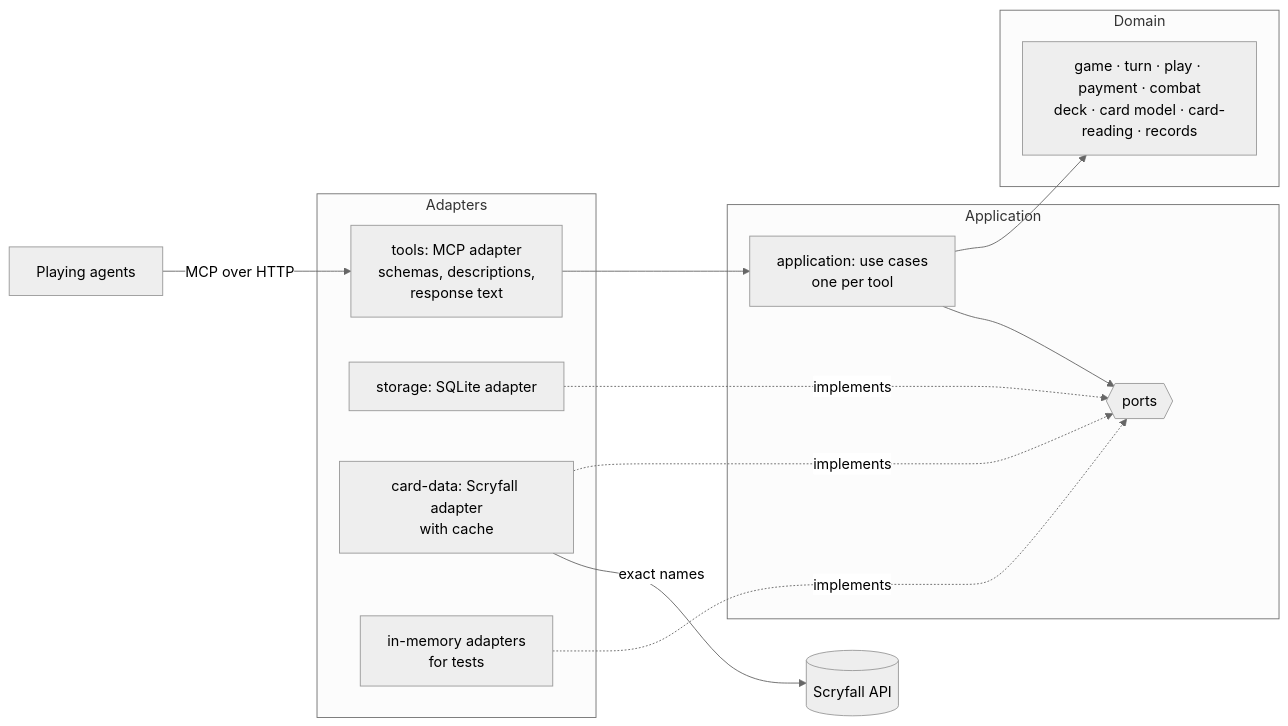
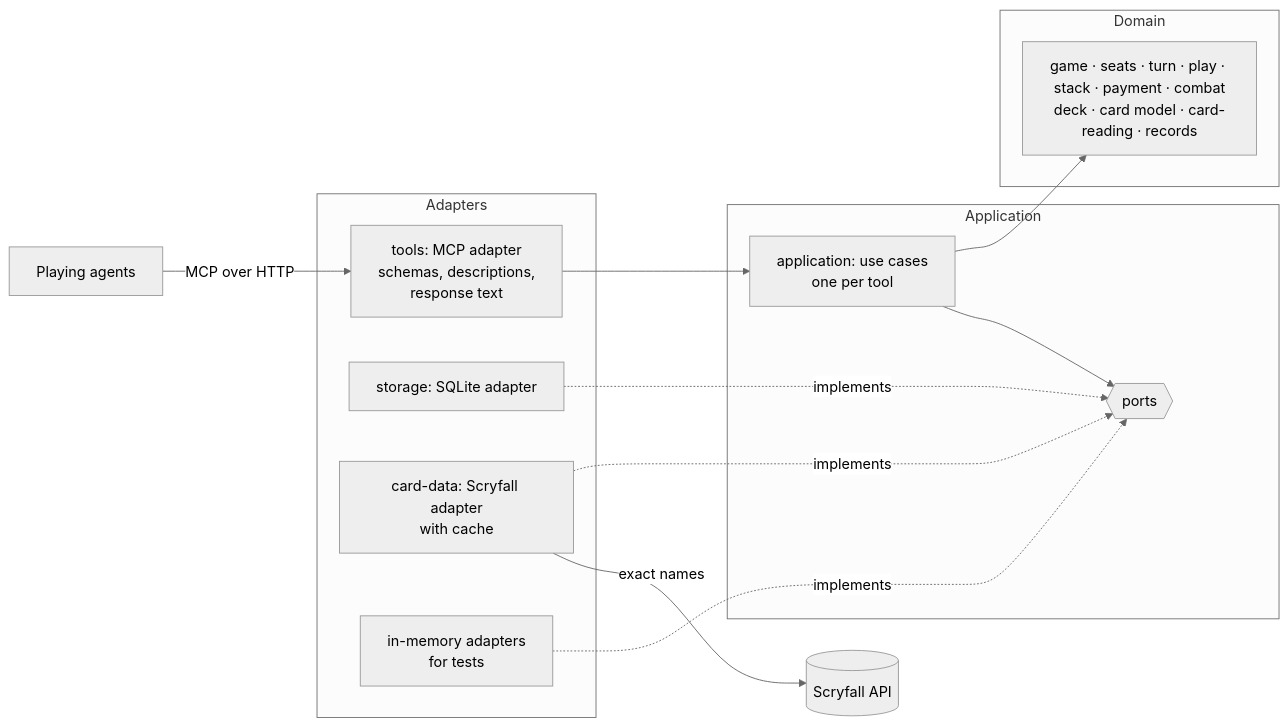
One commit to brandonPurvis/MtgGoldfishingMcp changed the diagram in docs/high-level-design.md. Above: the diagram before and after it, drawn with Mermaid (neutral theme). The commit also changed other lines of this file and 2 other files, not shown here.

````diff
--- a/docs/high-level-design.md
+++ b/docs/high-level-design.md
@@ -88,24 +112,24 @@
 ```mermaid
 flowchart LR
     Agent[Playing agents] -->|MCP over HTTP| MCP
     subgraph Adapters
         MCP[tools: MCP adapter\nschemas, descriptions,\nresponse text]
         SQL[storage: SQLite adapter]
         SCRY[card-data: Scryfall adapter\nwith cache]
         MEM[in-memory adapters\nfor tests]
     end
     subgraph Application
         UC[application: use cases\none per tool]
         P{{ports}}
     end
     subgraph Domain
-        D[game · turn · play · payment · combat\ndeck · card model · card-reading · records]
+        D[game · seats · turn · play · stack · payment · combat\ndeck · card model · card-reading · records]
     end
     MCP --> UC
     UC --> D
     UC --> P
     SQL -.implements.-> P
     SCRY -.implements.-> P
     MEM -.implements.-> P
     SCRY -->|exact names| Scryfall[(Scryfall API)]
 ```
````
